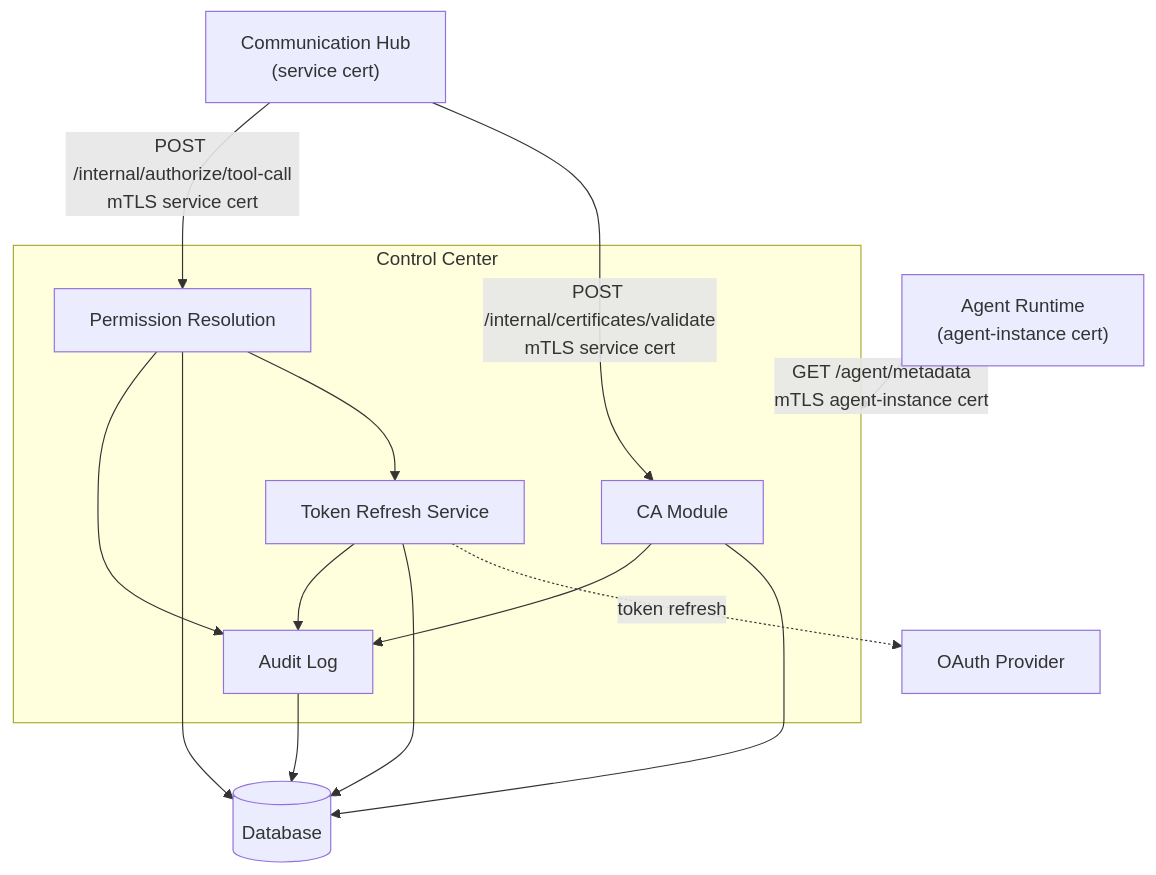
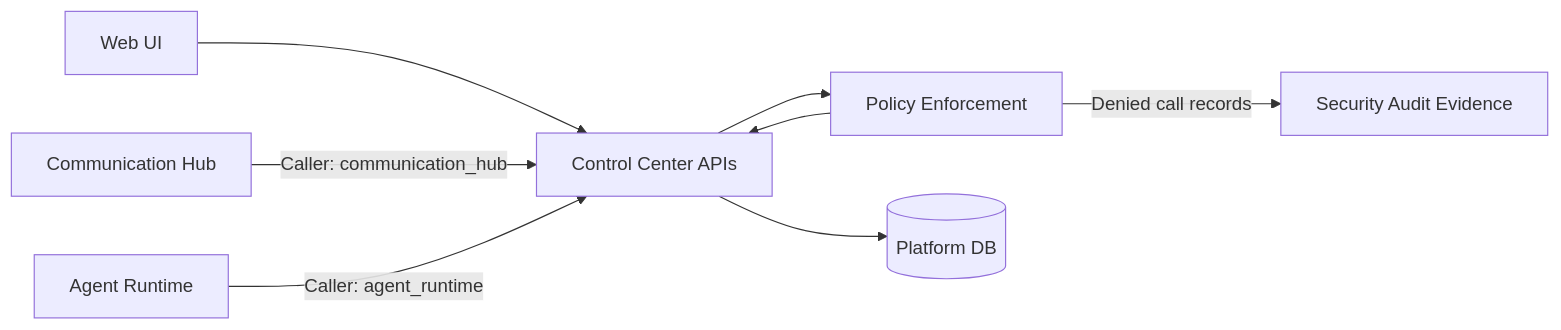
The first of 2 diagrams in docs/master/architecture/modules/control-center/architecture.md (hurungang/parthenon), drawn with Mermaid before and after one commit. The commit also changed other lines of this file and 71 other files, not shown here.

````diff
--- a/docs/master/architecture/modules/control-center/architecture.md
+++ b/docs/master/architecture/modules/control-center/architecture.md
@@ -9,27 +3,18 @@
 ```mermaid
-flowchart TB
-    subgraph CC[Control Center]
-        CA[CA Module]
-        TRS[Token Refresh Service]
-        PRS[Permission Resolution]
-        Audit[Audit Log]
-    end
+flowchart LR
+    UI[Web UI]
+    CH[Communication Hub]
+    AR[Agent Runtime]
+    PEP[Policy Enforcement]
+    API[Control Center APIs]
+    DB[(Platform DB)]
+    AUD[Security Audit Evidence]
 
-    AR["Agent Runtime<br/>(agent-instance cert)"]
-    CH["Communication Hub<br/>(service cert)"]
-    OAuth[OAuth Provider]
-    DB[(Database)]
-
-    AR -->|"GET /agent/metadata<br/>mTLS agent-instance cert"| CC
-    CH -->|"POST /internal/certificates/validate<br/>mTLS service cert"| CA
-    CH -->|"POST /internal/authorize/tool-call<br/>mTLS service cert"| PRS
-    PRS --> TRS
-    TRS -.->|token refresh| OAuth
-    CA --> DB
-    TRS --> DB
-    PRS --> DB
-    CA --> Audit
-    PRS --> Audit
-    TRS --> Audit
-    Audit --> DB
+    UI --> API
+    CH -->|Caller: communication_hub| API
+    AR -->|Caller: agent_runtime| API
+    API --> PEP
+    PEP --> API
+    API --> DB
+    PEP -->|Denied call records| AUD
 ```
````
